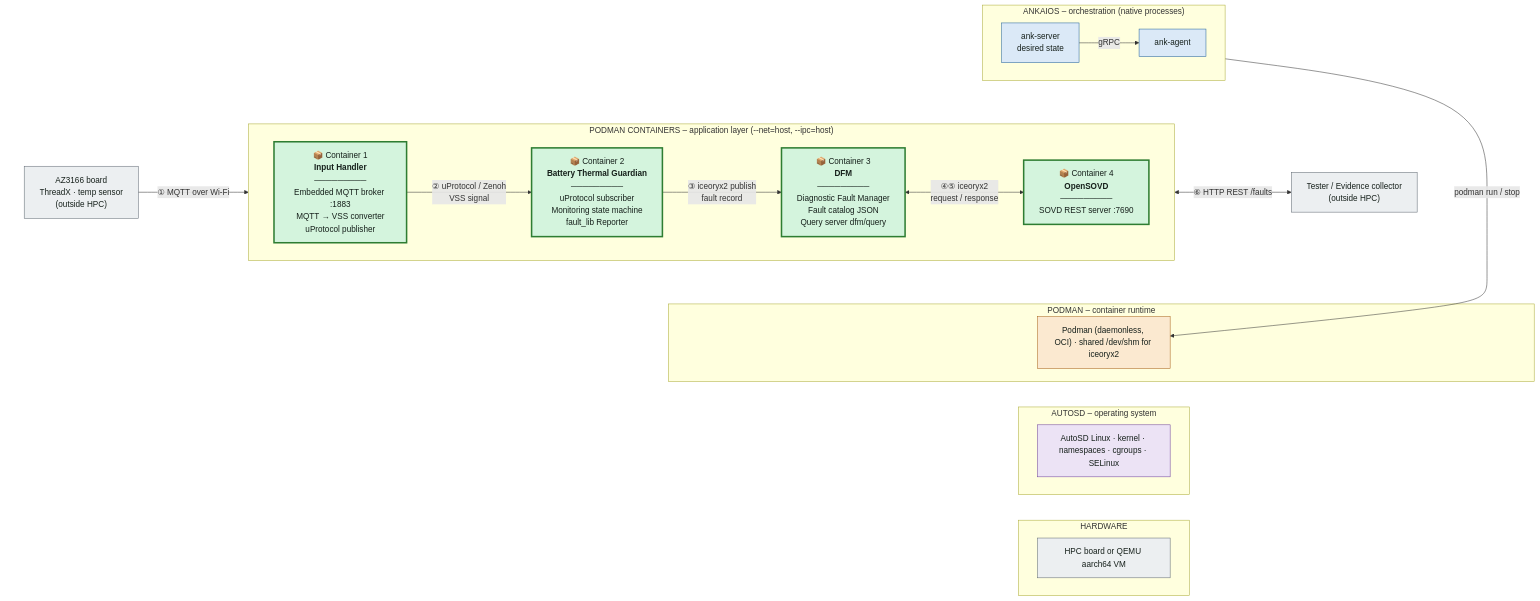
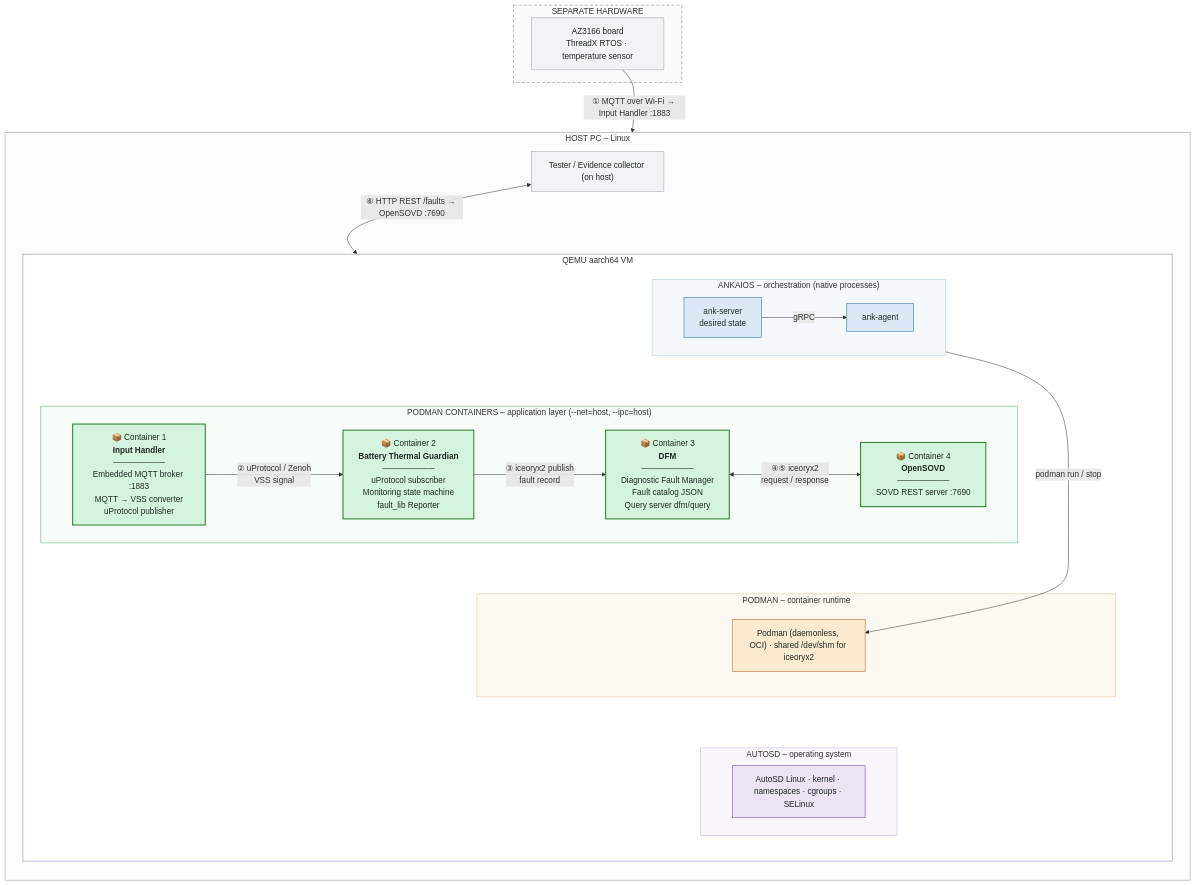
The diagram in Whodunit Container Map.md (Eclipse-SDV-Hackathon-Chapter-Four/FEVengers_Hackathon_2026), drawn with Mermaid before and after one commit.

Commit message:
color correction on  initial architecture diagram

````diff
--- a/Whodunit Container Map.md
+++ b/Whodunit Container Map.md
@@ -1,55 +1,64 @@
 ```mermaid
 flowchart TB
-  subgraph L1["ANKAIOS – orchestration (native processes)"]
-    direction LR
-    ANKS["ank-server<br/>desired state"] -->|"gRPC"| ANKA["ank-agent"]
+  subgraph AZHW["SEPARATE HARDWARE"]
+    AZ["AZ3166 board<br/>ThreadX RTOS · temperature sensor"]
   end
 
-  subgraph L2[" "]
-    direction LR
-    AZ["AZ3166 board<br/>ThreadX · temp sensor<br/>(outside HPC)"]
+  subgraph HOST["HOST PC – Linux"]
+    direction TB
+    subgraph VM["QEMU aarch64 VM"]
+      direction TB
+      subgraph L1["ANKAIOS – orchestration (native processes)"]
+        direction LR
+        ANKS["ank-server<br/>desired state"] -->|"gRPC"| ANKA["ank-agent"]
+      end
 
-    subgraph CONT["PODMAN CONTAINERS – application layer (--net=host, --ipc=host)"]
-      direction LR
-      C1["📦 Container 1<br/><b>Input Handler</b><br/>─────────<br/>Embedded MQTT broker :1883<br/>MQTT → VSS converter<br/>uProtocol publisher"]
-      C2["📦 Container 2<br/><b>Battery Thermal Guardian</b><br/>─────────<br/>uProtocol subscriber<br/>Monitoring state machine<br/>fault_lib Reporter"]
-      C3["📦 Container 3<br/><b>DFM</b><br/>─────────<br/>Diagnostic Fault Manager<br/>Fault catalog JSON<br/>Query server dfm/query"]
-      C4["📦 Container 4<br/><b>OpenSOVD</b><br/>─────────<br/>SOVD REST server :7690"]
-      C1 -->|"② uProtocol / Zenoh<br/>VSS signal"| C2
-      C2 -->|"③ iceoryx2 publish<br/>fault record"| C3
-      C3 <-->|"④⑤ iceoryx2<br/>request / response"| C4
+      subgraph CONT["PODMAN CONTAINERS – application layer (--net=host, --ipc=host)"]
+        direction LR
+        C1["📦 Container 1<br/><b>Input Handler</b><br/>─────────<br/>Embedded MQTT broker :1883<br/>MQTT → VSS converter<br/>uProtocol publisher"]
+        C2["📦 Container 2<br/><b>Battery Thermal Guardian</b><br/>─────────<br/>uProtocol subscriber<br/>Monitoring state machine<br/>fault_lib Reporter"]
+        C3["📦 Container 3<br/><b>DFM</b><br/>─────────<br/>Diagnostic Fault Manager<br/>Fault catalog JSON<br/>Query server dfm/query"]
+        C4["📦 Container 4<br/><b>OpenSOVD</b><br/>─────────<br/>SOVD REST server :7690"]
+        C1 -->|"② uProtocol / Zenoh<br/>VSS signal"| C2
+        C2 -->|"③ iceoryx2 publish<br/>fault record"| C3
+        C3 <-->|"④⑤ iceoryx2<br/>request / response"| C4
+      end
+
+      subgraph L3["PODMAN – container runtime"]
+        PODMAN["Podman (daemonless, OCI) · shared /dev/shm for iceoryx2"]
+      end
+
+      subgraph L4["AUTOSD – operating system"]
+        OS["AutoSD Linux · kernel · namespaces · cgroups · SELinux"]
+      end
+
+      L1 ~~~ CONT ~~~ L3 ~~~ L4
+      ANKA -->|"podman run / stop"| PODMAN
     end
 
-    TESTER["Tester / Evidence collector<br/>(outside HPC)"]
-
-    AZ -->|"① MQTT over Wi-Fi"| C1
-    C4 <-->|"⑥ HTTP REST /faults"| TESTER
+    TESTER["Tester / Evidence collector (on host)"]
+    VM ~~~ TESTER
   end
 
-  subgraph L3["PODMAN – container runtime"]
-    PODMAN["Podman (daemonless, OCI) · shared /dev/shm for iceoryx2"]
-  end
+  AZHW ~~~ HOST
+  AZ -->|"① MQTT over Wi-Fi → Input Handler :1883"| CONT
+  TESTER <-->|"⑥ HTTP REST /faults → OpenSOVD :7690"| CONT
 
-  subgraph L4["AUTOSD – operating system"]
-    OS["AutoSD Linux · kernel · namespaces · cgroups · SELinux"]
-  end
-
-  subgraph L5["HARDWARE"]
-    HW["HPC board or QEMU aarch64 VM"]
-  end
-
-  L1 ~~~ L2 ~~~ L3 ~~~ L4 ~~~ L5
-  ANKA -->|"podman run / stop"| PODMAN
-
-  classDef c fill:#d4f4dd,stroke:#2e7d32,stroke-width:3px,color:#16201b;
-  classDef a fill:#dbe9f7,stroke:#1f5f99,color:#16201b;
-  classDef p fill:#fbe9d0,stroke:#a8611a,color:#16201b;
-  classDef o fill:#ece3f5,stroke:#6a3d99,color:#16201b;
-  classDef x fill:#eceff1,stroke:#5d6670,color:#16201b;
+  classDef c fill:#d4f4dd,stroke:#2e7d32,stroke-width:2px,color:#1f2a24;
+  classDef a fill:#dbe9f7,stroke:#1f5f99,color:#1f2a24;
+  classDef p fill:#fbe9d0,stroke:#a8611a,color:#1f2a24;
+  classDef o fill:#ece3f5,stroke:#6a3d99,color:#1f2a24;
+  classDef x fill:#f1f3f4,stroke:#9aa3ab,color:#1f2a24;
   class C1,C2,C3,C4 c;
   class ANKS,ANKA a;
   class PODMAN p;
   class OS o;
-  class AZ,TESTER,HW x;
-  style L2 fill:none,stroke:none
+  class AZ,TESTER x;
+  style AZHW fill:#fafbfb,stroke:#9aa3ab,stroke-width:1.5px,stroke-dasharray:6 4
+  style HOST fill:#fcfcfc,stroke:#b0b8bf,stroke-width:1.5px
+  style VM fill:#ffffff,stroke:#b9a6d3,stroke-width:1.5px
+  style CONT fill:#f6fcf7,stroke:#8cc79a,stroke-width:1.5px
+  style L1 fill:#f5f9fd,stroke:#a9c6e3
+  style L3 fill:#fdf8f1,stroke:#e2bf93
+  style L4 fill:#f9f6fc,stroke:#c7b3dc
 ```
````
